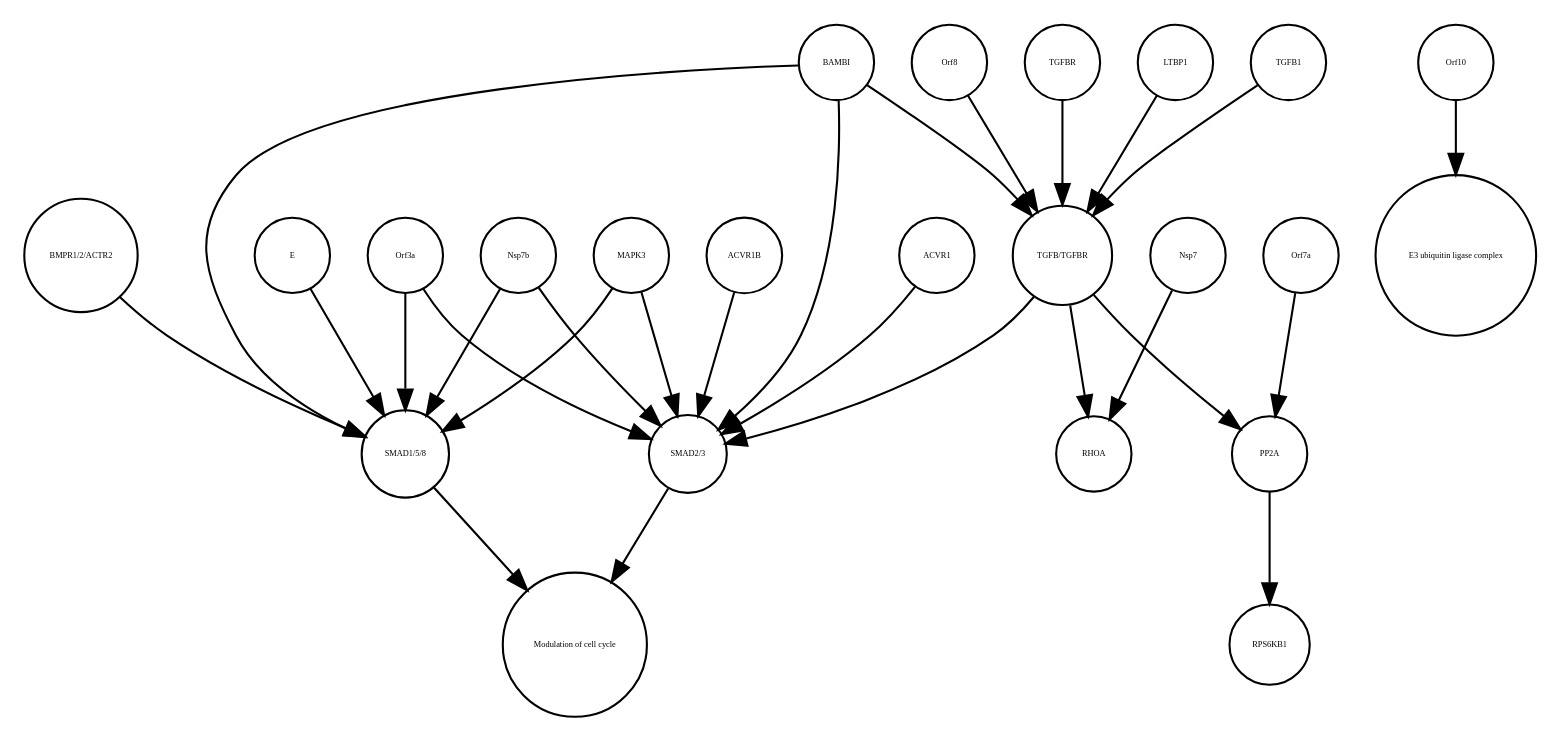
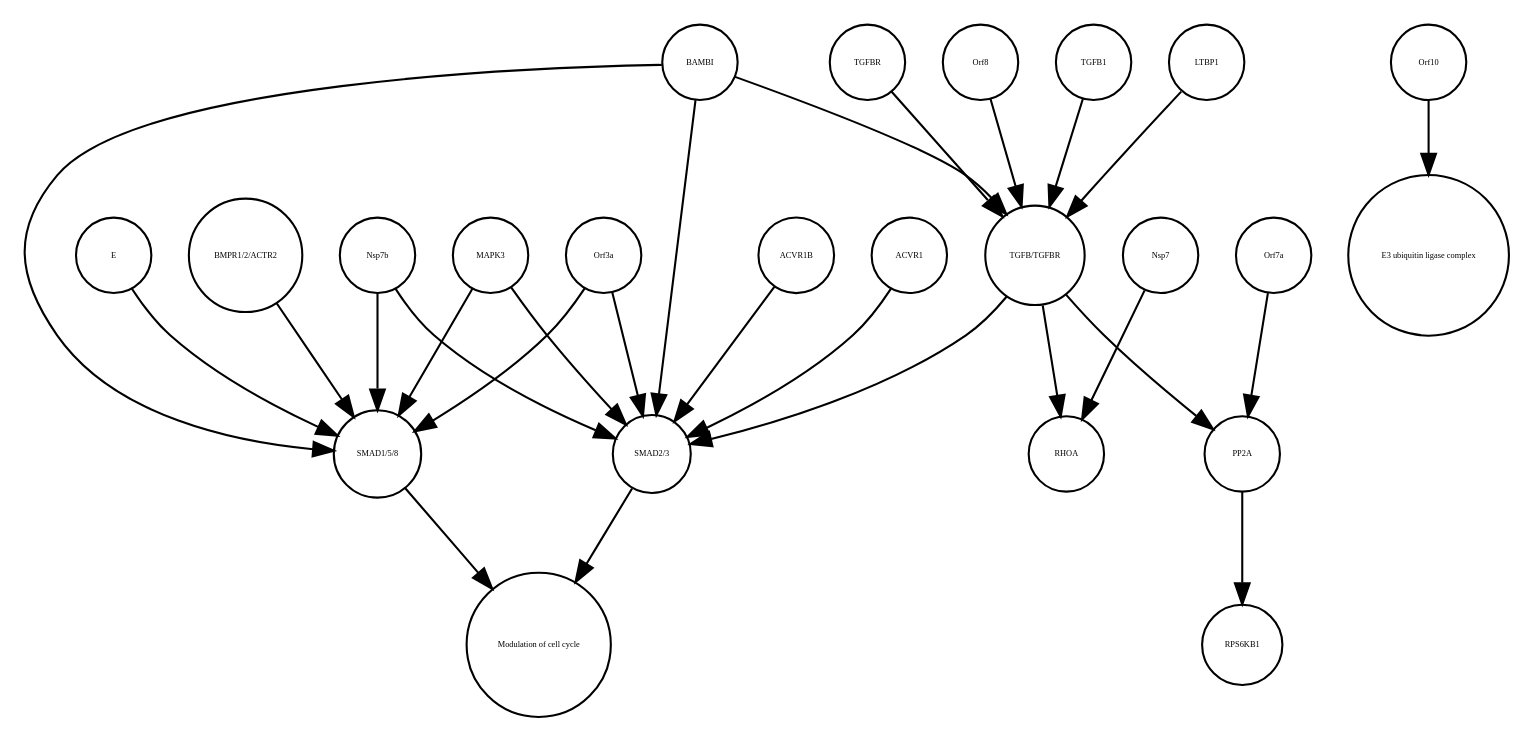
The diagram in TGFB_pathway_stable.xml_projected.dot (cannin/covid19-sbgn), drawn with Graphviz before and after one commit. The commit also changed other lines of this file and 620 other files, not shown here.

```diff
--- a/TGFB_pathway_stable.xml_projected.dot
+++ b/TGFB_pathway_stable.xml_projected.dot
@@ -1,51 +1,51 @@
 strict digraph  {
 "SMAD1/5/8" [annotation="", bipartite=0, cls=complex, fontsize=4, label="SMAD1/5/8", shape=circle];
 "Modulation of cell cycle" [annotation="urn_miriam_obo.go_GO%3A0000074", bipartite=0, cls=phenotype, fontsize=4, label="Modulation of cell cycle", shape=circle];
 "SMAD2/3" [annotation="", bipartite=0, cls=complex, fontsize=4, label="SMAD2/3", shape=circle];
+Nsp7b [annotation=urn_miriam_uniprot_Q7TFA1, bipartite=0, cls=macromolecule, fontsize=4, label=Nsp7b, shape=circle];
+"E3 ubiquitin ligase complex" [annotation="", bipartite=0, cls=complex, fontsize=4, label="E3 ubiquitin ligase complex", shape=circle];
+Orf8 [annotation="urn_miriam_uniprot_Q80H93|urn_miriam_uniprot_Q7TFA0", bipartite=0, cls=macromolecule, fontsize=4, label=Orf8, shape=circle];
+BAMBI [annotation="", bipartite=0, cls=macromolecule, fontsize=4, label=BAMBI, shape=circle];
 ACVR1B [annotation="", bipartite=0, cls=macromolecule, fontsize=4, label=ACVR1B, shape=circle];
-"BMPR1/2/ACTR2" [annotation="", bipartite=0, cls=complex, fontsize=4, label="BMPR1/2/ACTR2", shape=circle];
+TGFB1 [annotation="", bipartite=0, cls=macromolecule, fontsize=4, label=TGFB1, shape=circle];
+LTBP1 [annotation="", bipartite=0, cls=macromolecule, fontsize=4, label=LTBP1, shape=circle];
+MAPK3 [annotation="", bipartite=0, cls=macromolecule, fontsize=4, label=MAPK3, shape=circle];
+Orf10 [annotation=urn_miriam_ncbiprotein_BCD58762, bipartite=0, cls=macromolecule, fontsize=4, label=Orf10, shape=circle];
 Orf3a [annotation=urn_miriam_uniprot_P59632, bipartite=0, cls=macromolecule, fontsize=4, label=Orf3a, shape=circle];
-Orf10 [annotation=urn_miriam_ncbiprotein_BCD58762, bipartite=0, cls=macromolecule, fontsize=4, label=Orf10, shape=circle];
 TGFBR [annotation="", bipartite=0, cls=complex, fontsize=4, label=TGFBR, shape=circle];
-Nsp7b [annotation=urn_miriam_uniprot_Q7TFA1, bipartite=0, cls=macromolecule, fontsize=4, label=Nsp7b, shape=circle];
-LTBP1 [annotation="", bipartite=0, cls=macromolecule, fontsize=4, label=LTBP1, shape=circle];
+"TGFB/TGFBR" [annotation="", bipartite=0, cls=complex, fontsize=4, label="TGFB/TGFBR", shape=circle];
 RHOA [annotation="", bipartite=0, cls=macromolecule, fontsize=4, label=RHOA, shape=circle];
-TGFB1 [annotation="", bipartite=0, cls=macromolecule, fontsize=4, label=TGFB1, shape=circle];
-MAPK3 [annotation="", bipartite=0, cls=macromolecule, fontsize=4, label=MAPK3, shape=circle];
-BAMBI [annotation="", bipartite=0, cls=macromolecule, fontsize=4, label=BAMBI, shape=circle];
+Orf7a [annotation=urn_miriam_uniprot_P59635, bipartite=0, cls=macromolecule, fontsize=4, label=Orf7a, shape=circle];
+E [annotation=urn_miriam_uniprot_P59637, bipartite=0, cls=macromolecule, fontsize=4, label=E, shape=circle];
 ACVR1 [annotation="", bipartite=0, cls=macromolecule, fontsize=4, label=ACVR1, shape=circle];
-E [annotation=urn_miriam_uniprot_P59637, bipartite=0, cls=macromolecule, fontsize=4, label=E, shape=circle];
 Nsp7 [annotation=urn_miriam_uniprot_Q7TFA1, bipartite=0, cls=macromolecule, fontsize=4, label=Nsp7, shape=circle];
 RPS6KB1 [annotation="", bipartite=0, cls=macromolecule, fontsize=4, label=RPS6KB1, shape=circle];
 PP2A [annotation="", bipartite=0, cls=complex, fontsize=4, label=PP2A, shape=circle];
-"E3 ubiquitin ligase complex" [annotation="", bipartite=0, cls=complex, fontsize=4, label="E3 ubiquitin ligase complex", shape=circle];
-Orf7a [annotation=urn_miriam_uniprot_P59635, bipartite=0, cls=macromolecule, fontsize=4, label=Orf7a, shape=circle];
-"TGFB/TGFBR" [annotation="", bipartite=0, cls=complex, fontsize=4, label="TGFB/TGFBR", shape=circle];
-Orf8 [annotation="urn_miriam_uniprot_Q80H93|urn_miriam_uniprot_Q7TFA0", bipartite=0, cls=macromolecule, fontsize=4, label=Orf8, shape=circle];
+"BMPR1/2/ACTR2" [annotation="", bipartite=0, cls=complex, fontsize=4, label="BMPR1/2/ACTR2", shape=circle];
 "SMAD1/5/8" -> "Modulation of cell cycle"  [annotation="", interaction_type=stimulation];
 "SMAD2/3" -> "Modulation of cell cycle"  [annotation="", interaction_type=stimulation];
-ACVR1B -> "SMAD2/3"  [annotation="urn_miriam_doi_10.1101%2F2020.06.17.156455", interaction_type=catalysis];
-"BMPR1/2/ACTR2" -> "SMAD1/5/8"  [annotation="urn_miriam_doi_10.1101%2F2020.06.17.156455", interaction_type=catalysis];
-Orf3a -> "SMAD1/5/8"  [annotation="urn_miriam_doi_10.1101%2F2020.06.17.156455", interaction_type=stimulation];
-Orf3a -> "SMAD2/3"  [annotation="urn_miriam_doi_10.1101%2F2020.06.17.156455", interaction_type=stimulation];
-Orf10 -> "E3 ubiquitin ligase complex"  [annotation="", interaction_type=production];
-TGFBR -> "TGFB/TGFBR"  [annotation="", interaction_type=production];
+Nsp7b -> "SMAD2/3"  [annotation="urn_miriam_doi_10.1101%2F2020.06.17.156455", interaction_type=stimulation];
 Nsp7b -> "SMAD1/5/8"  [annotation="urn_miriam_doi_10.1101%2F2020.06.17.156455", interaction_type=stimulation];
-Nsp7b -> "SMAD2/3"  [annotation="urn_miriam_doi_10.1101%2F2020.06.17.156455", interaction_type=stimulation];
-LTBP1 -> "TGFB/TGFBR"  [annotation="urn_miriam_doi_10.1101%2F2020.06.17.156455", interaction_type=inhibition];
-TGFB1 -> "TGFB/TGFBR"  [annotation="", interaction_type=production];
-MAPK3 -> "SMAD1/5/8"  [annotation="urn_miriam_doi_10.1101%2F2020.06.17.156455", interaction_type=inhibition];
-MAPK3 -> "SMAD2/3"  [annotation="urn_miriam_doi_10.1101%2F2020.06.17.156455", interaction_type=inhibition];
+Orf8 -> "TGFB/TGFBR"  [annotation="urn_miriam_doi_10.1101%2F2020.06.17.156455", interaction_type=stimulation];
+BAMBI -> "SMAD2/3"  [annotation="urn_miriam_doi_10.1101%2F2020.06.17.156455", interaction_type=inhibition];
 BAMBI -> "SMAD1/5/8"  [annotation="urn_miriam_doi_10.1101%2F2020.06.17.156455", interaction_type=inhibition];
 BAMBI -> "TGFB/TGFBR"  [annotation="urn_miriam_doi_10.1101%2F2020.06.17.156455", interaction_type=inhibition];
-BAMBI -> "SMAD2/3"  [annotation="urn_miriam_doi_10.1101%2F2020.06.17.156455", interaction_type=inhibition];
+ACVR1B -> "SMAD2/3"  [annotation="urn_miriam_doi_10.1101%2F2020.06.17.156455", interaction_type=catalysis];
+TGFB1 -> "TGFB/TGFBR"  [annotation="", interaction_type=production];
+LTBP1 -> "TGFB/TGFBR"  [annotation="urn_miriam_doi_10.1101%2F2020.06.17.156455", interaction_type=inhibition];
+MAPK3 -> "SMAD2/3"  [annotation="urn_miriam_doi_10.1101%2F2020.06.17.156455", interaction_type=inhibition];
+MAPK3 -> "SMAD1/5/8"  [annotation="urn_miriam_doi_10.1101%2F2020.06.17.156455", interaction_type=inhibition];
+Orf10 -> "E3 ubiquitin ligase complex"  [annotation="", interaction_type=production];
+Orf3a -> "SMAD2/3"  [annotation="urn_miriam_doi_10.1101%2F2020.06.17.156455", interaction_type=stimulation];
+Orf3a -> "SMAD1/5/8"  [annotation="urn_miriam_doi_10.1101%2F2020.06.17.156455", interaction_type=stimulation];
+TGFBR -> "TGFB/TGFBR"  [annotation="", interaction_type=production];
+"TGFB/TGFBR" -> RHOA  [annotation="urn_miriam_doi_10.1101%2F2020.06.17.156455", interaction_type=stimulation];
+"TGFB/TGFBR" -> "SMAD2/3"  [annotation="urn_miriam_doi_10.1101%2F2020.06.17.156455", interaction_type=stimulation];
+"TGFB/TGFBR" -> PP2A  [annotation="urn_miriam_doi_10.1101%2F2020.03.31.019216", interaction_type=stimulation];
+Orf7a -> PP2A  [annotation="urn_miriam_doi_10.1101%2F2020.03.31.019216", interaction_type=stimulation];
+E -> "SMAD1/5/8"  [annotation="urn_miriam_doi_10.1101%2F2020.06.17.156455", interaction_type=stimulation];
 ACVR1 -> "SMAD2/3"  [annotation="urn_miriam_doi_10.1101%2F2020.06.17.156455", interaction_type=catalysis];
-E -> "SMAD1/5/8"  [annotation="urn_miriam_doi_10.1101%2F2020.06.17.156455", interaction_type=stimulation];
 Nsp7 -> RHOA  [annotation="urn_miriam_doi_10.1101%2F2020.06.17.156455", interaction_type=stimulation];
 PP2A -> RPS6KB1  [annotation="", interaction_type=catalysis];
-Orf7a -> PP2A  [annotation="urn_miriam_doi_10.1101%2F2020.03.31.019216", interaction_type=stimulation];
-"TGFB/TGFBR" -> PP2A  [annotation="urn_miriam_doi_10.1101%2F2020.03.31.019216", interaction_type=stimulation];
-"TGFB/TGFBR" -> RHOA  [annotation="urn_miriam_doi_10.1101%2F2020.06.17.156455", interaction_type=stimulation];
-"TGFB/TGFBR" -> "SMAD2/3"  [annotation="urn_miriam_doi_10.1101%2F2020.06.17.156455", interaction_type=stimulation];
-Orf8 -> "TGFB/TGFBR"  [annotation="urn_miriam_doi_10.1101%2F2020.06.17.156455", interaction_type=stimulation];
+"BMPR1/2/ACTR2" -> "SMAD1/5/8"  [annotation="urn_miriam_doi_10.1101%2F2020.06.17.156455", interaction_type=catalysis];
 }
```
